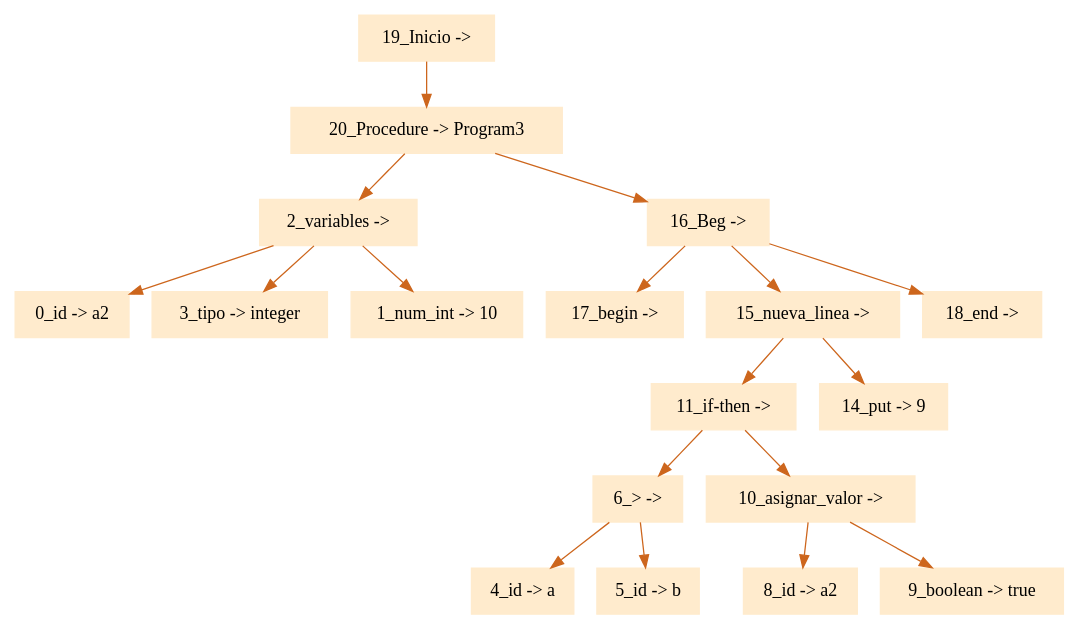
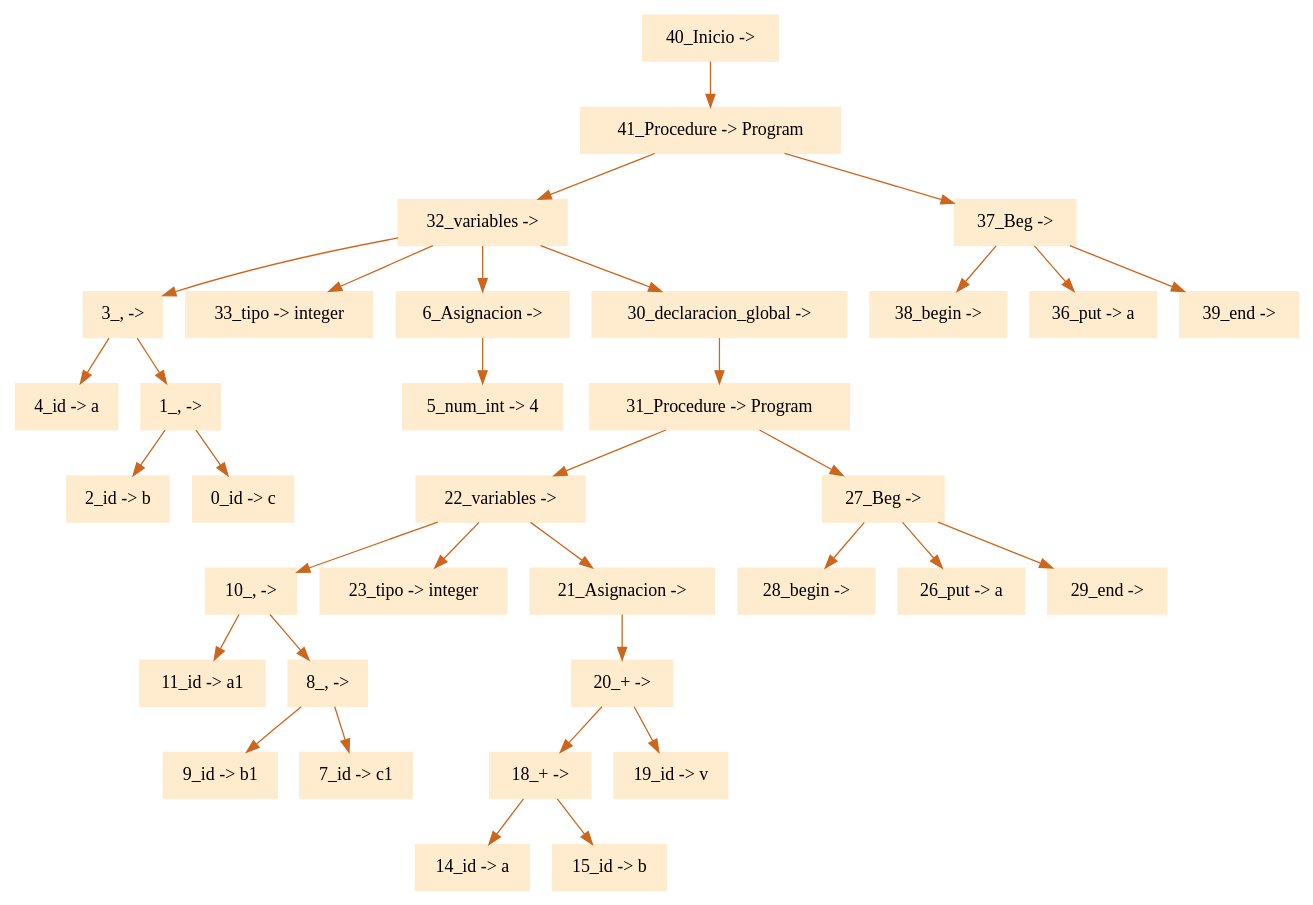
The diagram in ProyectoCompiladores/arbol.dot (eliasgz97/Proyecto_Compiladores), drawn with Graphviz before and after one commit. The commit also changed 10 other files, not shown here.

Commit message:
Avance ComprobacionTipoCuerpo - Comprobacion Asignacion

```diff
--- a/ProyectoCompiladores/arbol.dot
+++ b/ProyectoCompiladores/arbol.dot
@@ -1,22 +1,38 @@
 digraph G {node[shape=box, style=filled, color=blanchedalmond]; edge[color=chocolate3];rankdir=UD 
 
-"19_Inicio -> "->"20_Procedure -> Program3"
-"20_Procedure -> Program3"->"2_variables -> "
-"2_variables -> "->"0_id -> a2"
-"2_variables -> "->"3_tipo -> integer"
-"2_variables -> "->"1_num_int -> 10"
-"20_Procedure -> Program3"->"16_Beg -> "
-"16_Beg -> "->"17_begin -> "
-"16_Beg -> "->"15_nueva_linea -> "
-"15_nueva_linea -> "->"11_if-then -> "
-"11_if-then -> "->"6_> -> "
-"6_> -> "->"4_id -> a"
-"6_> -> "->"5_id -> b"
-"11_if-then -> "->"10_asignar_valor -> "
-"10_asignar_valor -> "->"8_id -> a2"
-"10_asignar_valor -> "->"9_boolean -> true"
-"15_nueva_linea -> "->"14_put -> 9"
-"16_Beg -> "->"18_end -> "
+"40_Inicio -> "->"41_Procedure -> Program"
+"41_Procedure -> Program"->"32_variables -> "
+"32_variables -> "->"3_, -> "
+"3_, -> "->"4_id -> a"
+"3_, -> "->"1_, -> "
+"1_, -> "->"2_id -> b"
+"1_, -> "->"0_id -> c"
+"32_variables -> "->"33_tipo -> integer"
+"32_variables -> "->"6_Asignacion -> "
+"6_Asignacion -> "->"5_num_int -> 4"
+"32_variables -> "->"30_declaracion_global -> "
+"30_declaracion_global -> "->"31_Procedure -> Program"
+"31_Procedure -> Program"->"22_variables -> "
+"22_variables -> "->"10_, -> "
+"10_, -> "->"11_id -> a1"
+"10_, -> "->"8_, -> "
+"8_, -> "->"9_id -> b1"
+"8_, -> "->"7_id -> c1"
+"22_variables -> "->"23_tipo -> integer"
+"22_variables -> "->"21_Asignacion -> "
+"21_Asignacion -> "->"20_+ -> "
+"20_+ -> "->"18_+ -> "
+"18_+ -> "->"14_id -> a"
+"18_+ -> "->"15_id -> b"
+"20_+ -> "->"19_id -> v"
+"31_Procedure -> Program"->"27_Beg -> "
+"27_Beg -> "->"28_begin -> "
+"27_Beg -> "->"26_put -> a"
+"27_Beg -> "->"29_end -> "
+"41_Procedure -> Program"->"37_Beg -> "
+"37_Beg -> "->"38_begin -> "
+"37_Beg -> "->"36_put -> a"
+"37_Beg -> "->"39_end -> "
 
 
 }
```
